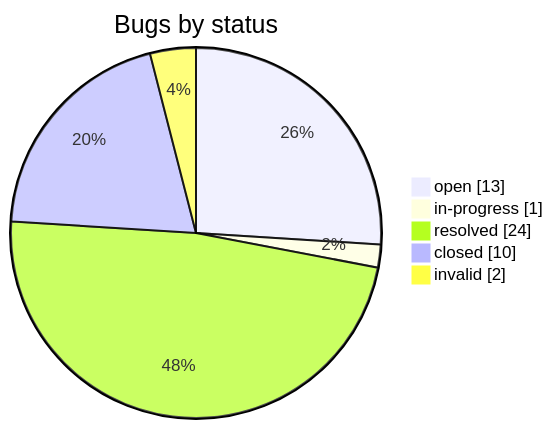
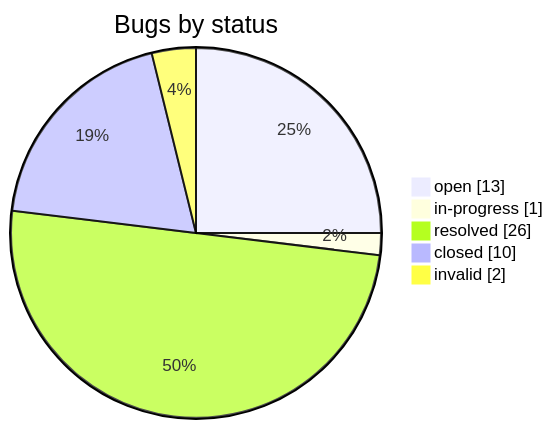
Before and after one commit to iammaxsu/automatic-testing-architecture: the second of 2 diagrams in STATUS.md, drawn with Mermaid. The commit also changed other lines of this file and 7 other files, not shown here.

````diff
--- a/STATUS.md
+++ b/STATUS.md
@@ -165,8 +165,8 @@
 ```mermaid
 pie showData title Bugs by status
     "open" : 13
     "in-progress" : 1
-    "resolved" : 24
+    "resolved" : 26
     "closed" : 10
     "invalid" : 2
 ```
````
